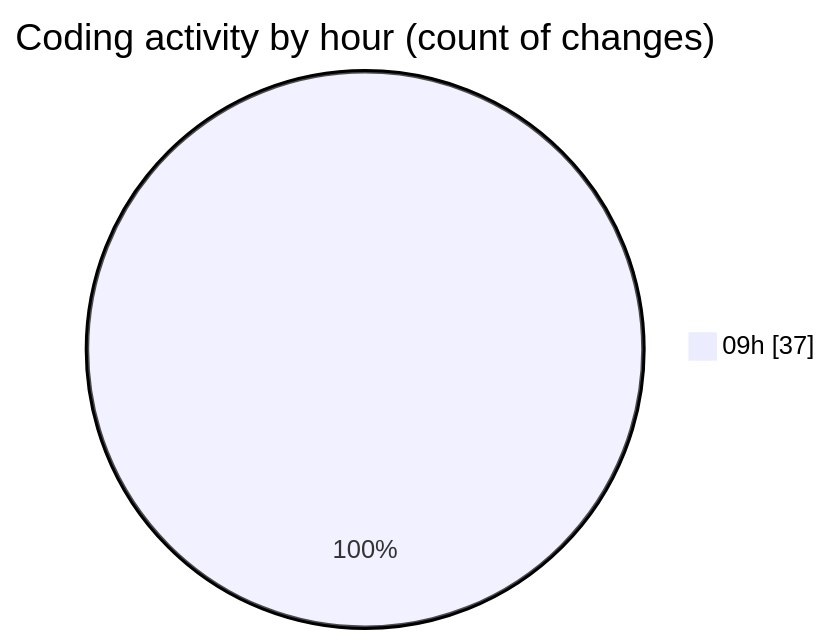
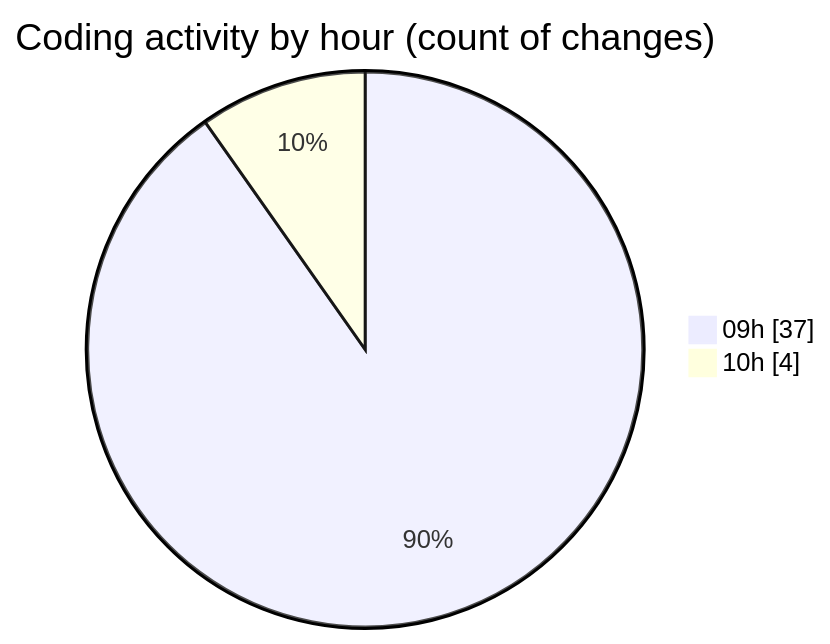
Before and after one commit to momahboobian/code-tracking: the second of 2 diagrams in 2025-11-14/cda/README.md, drawn with Mermaid. The commit also changed other lines of this file and 1 other file, not shown here.

````diff
--- a/2025-11-14/cda/README.md
+++ b/2025-11-14/cda/README.md
@@ -48,5 +50,6 @@
 ```mermaid
 pie showData
 title Coding activity by hour (count of changes)
 "09h" : 37
+"10h" : 4
 ```
````
